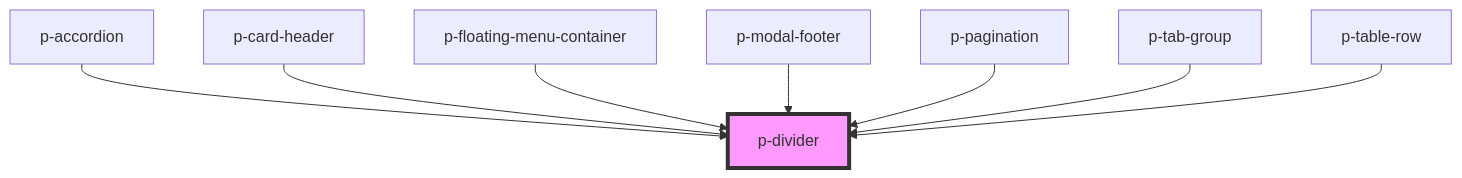
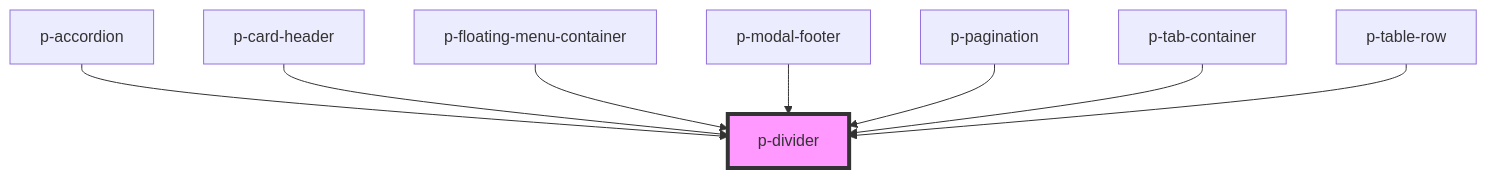
One commit to Employes/Paperless changed the diagram in packages/core/src/components/atoms/divider/readme.md. Above: the diagram before and after it, drawn with Mermaid. The commit also changed other lines of this file and 20 other files, not shown here.

Commit message:
feat(atoms/tab/container & item): Rebranding implementation

````diff
--- a/packages/core/src/components/atoms/divider/readme.md
+++ b/packages/core/src/components/atoms/divider/readme.md
@@ -28,11 +28,11 @@
 ```mermaid
 graph TD;
   p-accordion --> p-divider
   p-card-header --> p-divider
   p-floating-menu-container --> p-divider
   p-modal-footer --> p-divider
   p-pagination --> p-divider
-  p-tab-group --> p-divider
+  p-tab-container --> p-divider
   p-table-row --> p-divider
   style p-divider fill:#f9f,stroke:#333,stroke-width:4px
 ```
````
